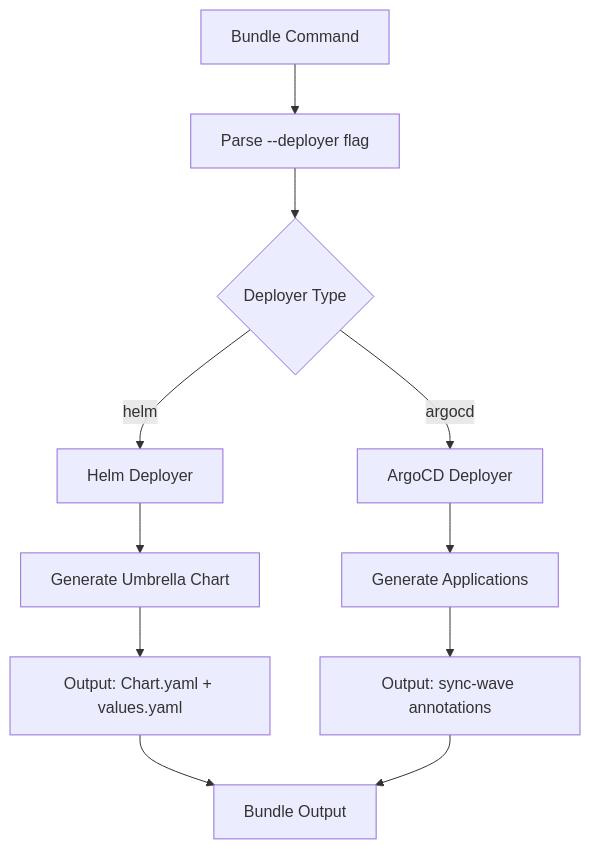
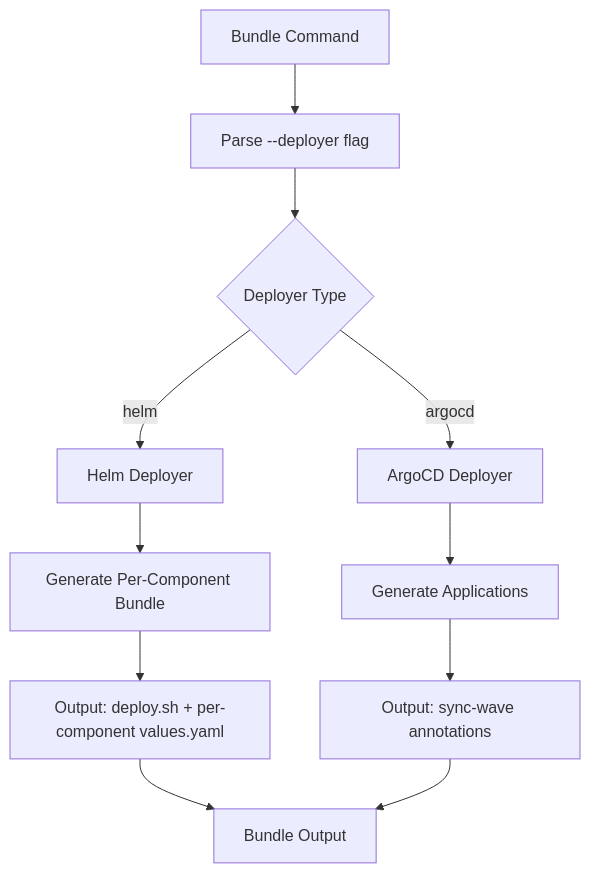
One commit to NVIDIA/aicr changed diagram 16 of 17 in docs/contributor/cli.md. Above: the diagram before and after it, drawn with Mermaid. The commit also changed other lines of this file and 69 other files, not shown here.

````diff
--- a/docs/contributor/cli.md
+++ b/docs/contributor/cli.md
@@ -2742,16 +2726,16 @@
 ```mermaid
 flowchart TD
     A[Bundle Command] --> B[Parse --deployer flag]
     B --> C{Deployer Type}
     C -->|helm| D[Helm Deployer]
     C -->|argocd| E[ArgoCD Deployer]
     
-    D --> G[Generate Umbrella Chart]
+    D --> G[Generate Per-Component Bundle]
     E --> H[Generate Applications]
     
-    G --> J[Output: Chart.yaml + values.yaml]
+    G --> J[Output: deploy.sh + per-component values.yaml]
     H --> K[Output: sync-wave annotations]
     
     J --> M[Bundle Output]
     K --> M
 ```
````
